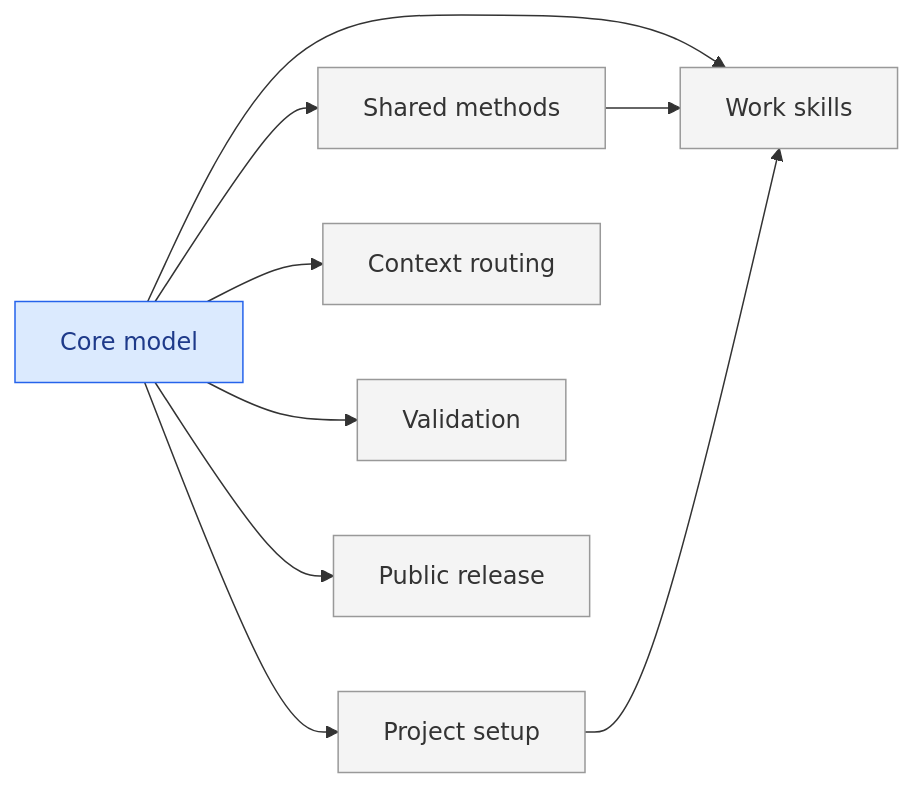
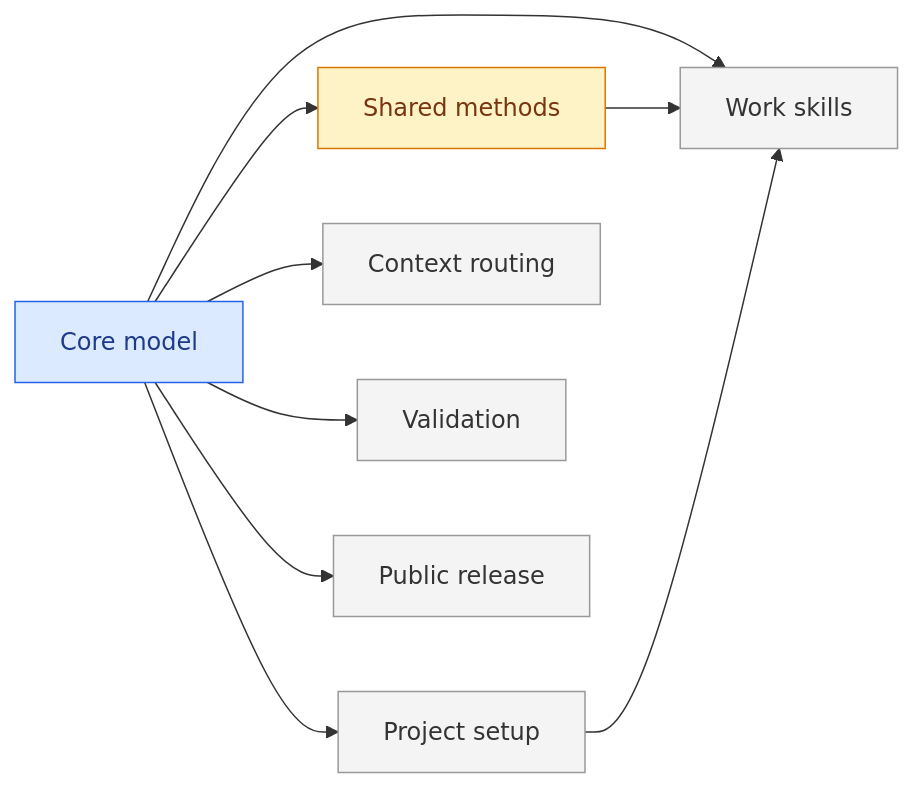
The diagram in MAP.md (somethingdarkside1/atlas-skills), drawn with Mermaid before and after one commit. The commit also changed other lines of this file and 11 other files, not shown here.

````diff
--- a/MAP.md
+++ b/MAP.md
@@ -10,24 +10,24 @@
 ```mermaid
 flowchart LR
   classDef sketched fill:#f4f4f4,stroke:#999,color:#333
   classDef decided fill:#dbeafe,stroke:#2563eb,color:#1e3a8a
   classDef building fill:#fef3c7,stroke:#d97706,color:#78350f
   classDef done fill:#dcfce7,stroke:#16a34a,color:#14532d
 
   core-model["Core model"]:::decided
-  shared-methods["Shared methods"]:::sketched
+  shared-methods["Shared methods"]:::building
   project-setup["Project setup"]:::sketched
   work-skills["Work skills"]:::sketched
   context-routing["Context routing"]:::sketched
   validation["Validation"]:::sketched
   public-release["Public release"]:::sketched
 
   core-model --> shared-methods
   core-model --> project-setup
   core-model --> work-skills
   shared-methods --> work-skills
   project-setup --> work-skills
   core-model --> context-routing
   core-model --> validation
   core-model --> public-release
 ```
````
